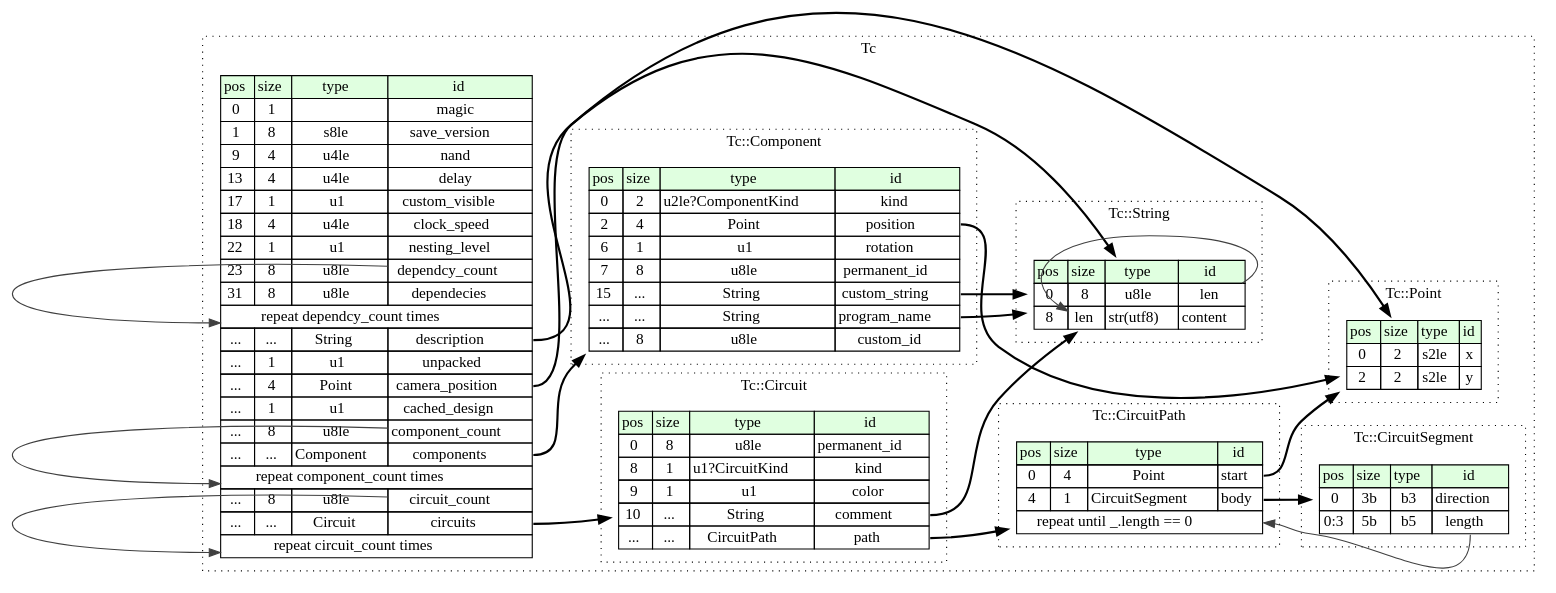
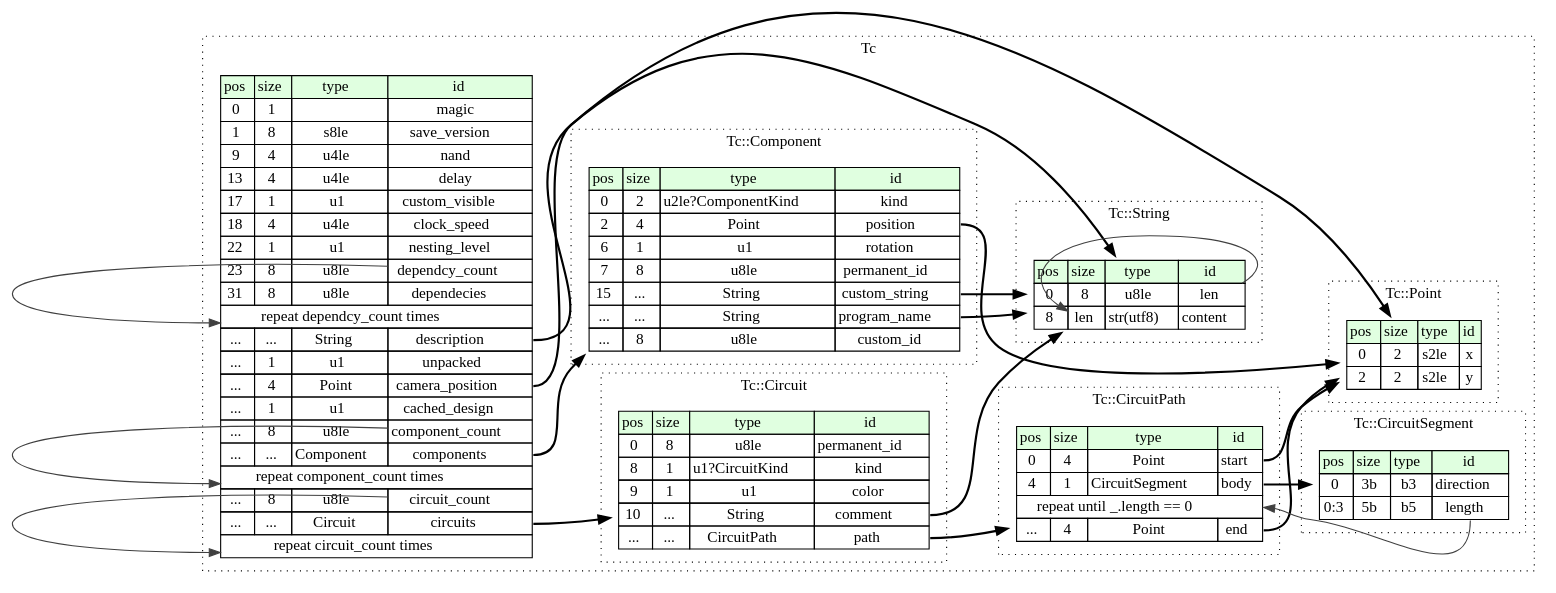
Before and after one commit to IotaBlack/TC-save-reader: the diagram in build/graphviz/tc.dot, drawn with Graphviz. The commit also changed 18 other files, not shown here.

```diff
--- a/build/graphviz/tc.dot
+++ b/build/graphviz/tc.dot
@@ -1,117 +1,119 @@
 digraph {
 	rankdir=LR;
 	node [shape=plaintext];
 	subgraph cluster__tc {
 		label="Tc";
 		graph[style=dotted];
 
 		tc__seq [label=<<TABLE BORDER="0" CELLBORDER="1" CELLSPACING="0">
 			<TR><TD BGCOLOR="#E0FFE0">pos</TD><TD BGCOLOR="#E0FFE0">size</TD><TD BGCOLOR="#E0FFE0">type</TD><TD BGCOLOR="#E0FFE0">id</TD></TR>
 			<TR><TD PORT="magic_pos">0</TD><TD PORT="magic_size">1</TD><TD></TD><TD PORT="magic_type">magic</TD></TR>
 			<TR><TD PORT="save_version_pos">1</TD><TD PORT="save_version_size">8</TD><TD>s8le</TD><TD PORT="save_version_type">save_version</TD></TR>
 			<TR><TD PORT="nand_pos">9</TD><TD PORT="nand_size">4</TD><TD>u4le</TD><TD PORT="nand_type">nand</TD></TR>
 			<TR><TD PORT="delay_pos">13</TD><TD PORT="delay_size">4</TD><TD>u4le</TD><TD PORT="delay_type">delay</TD></TR>
 			<TR><TD PORT="custom_visible_pos">17</TD><TD PORT="custom_visible_size">1</TD><TD>u1</TD><TD PORT="custom_visible_type">custom_visible</TD></TR>
 			<TR><TD PORT="clock_speed_pos">18</TD><TD PORT="clock_speed_size">4</TD><TD>u4le</TD><TD PORT="clock_speed_type">clock_speed</TD></TR>
 			<TR><TD PORT="nesting_level_pos">22</TD><TD PORT="nesting_level_size">1</TD><TD>u1</TD><TD PORT="nesting_level_type">nesting_level</TD></TR>
 			<TR><TD PORT="dependcy_count_pos">23</TD><TD PORT="dependcy_count_size">8</TD><TD>u8le</TD><TD PORT="dependcy_count_type">dependcy_count</TD></TR>
 			<TR><TD PORT="dependecies_pos">31</TD><TD PORT="dependecies_size">8</TD><TD>u8le</TD><TD PORT="dependecies_type">dependecies</TD></TR>
 			<TR><TD COLSPAN="4" PORT="dependecies__repeat">repeat dependcy_count times</TD></TR>
 			<TR><TD PORT="description_pos">...</TD><TD PORT="description_size">...</TD><TD>String</TD><TD PORT="description_type">description</TD></TR>
 			<TR><TD PORT="unpacked_pos">...</TD><TD PORT="unpacked_size">1</TD><TD>u1</TD><TD PORT="unpacked_type">unpacked</TD></TR>
 			<TR><TD PORT="camera_position_pos">...</TD><TD PORT="camera_position_size">4</TD><TD>Point</TD><TD PORT="camera_position_type">camera_position</TD></TR>
 			<TR><TD PORT="cached_design_pos">...</TD><TD PORT="cached_design_size">1</TD><TD>u1</TD><TD PORT="cached_design_type">cached_design</TD></TR>
 			<TR><TD PORT="component_count_pos">...</TD><TD PORT="component_count_size">8</TD><TD>u8le</TD><TD PORT="component_count_type">component_count</TD></TR>
 			<TR><TD PORT="components_pos">...</TD><TD PORT="components_size">...</TD><TD>Component</TD><TD PORT="components_type">components</TD></TR>
 			<TR><TD COLSPAN="4" PORT="components__repeat">repeat component_count times</TD></TR>
 			<TR><TD PORT="circuit_count_pos">...</TD><TD PORT="circuit_count_size">8</TD><TD>u8le</TD><TD PORT="circuit_count_type">circuit_count</TD></TR>
 			<TR><TD PORT="circuits_pos">...</TD><TD PORT="circuits_size">...</TD><TD>Circuit</TD><TD PORT="circuits_type">circuits</TD></TR>
 			<TR><TD COLSPAN="4" PORT="circuits__repeat">repeat circuit_count times</TD></TR>
 		</TABLE>>];
 		subgraph cluster__point {
 			label="Tc::Point";
 			graph[style=dotted];
 
 			point__seq [label=<<TABLE BORDER="0" CELLBORDER="1" CELLSPACING="0">
 				<TR><TD BGCOLOR="#E0FFE0">pos</TD><TD BGCOLOR="#E0FFE0">size</TD><TD BGCOLOR="#E0FFE0">type</TD><TD BGCOLOR="#E0FFE0">id</TD></TR>
 				<TR><TD PORT="x_pos">0</TD><TD PORT="x_size">2</TD><TD>s2le</TD><TD PORT="x_type">x</TD></TR>
 				<TR><TD PORT="y_pos">2</TD><TD PORT="y_size">2</TD><TD>s2le</TD><TD PORT="y_type">y</TD></TR>
 			</TABLE>>];
 		}
 		subgraph cluster__string {
 			label="Tc::String";
 			graph[style=dotted];
 
 			string__seq [label=<<TABLE BORDER="0" CELLBORDER="1" CELLSPACING="0">
 				<TR><TD BGCOLOR="#E0FFE0">pos</TD><TD BGCOLOR="#E0FFE0">size</TD><TD BGCOLOR="#E0FFE0">type</TD><TD BGCOLOR="#E0FFE0">id</TD></TR>
 				<TR><TD PORT="len_pos">0</TD><TD PORT="len_size">8</TD><TD>u8le</TD><TD PORT="len_type">len</TD></TR>
 				<TR><TD PORT="content_pos">8</TD><TD PORT="content_size">len</TD><TD>str(utf8)</TD><TD PORT="content_type">content</TD></TR>
 			</TABLE>>];
 		}
 		subgraph cluster__circuit_path {
 			label="Tc::CircuitPath";
 			graph[style=dotted];
 
 			circuit_path__seq [label=<<TABLE BORDER="0" CELLBORDER="1" CELLSPACING="0">
 				<TR><TD BGCOLOR="#E0FFE0">pos</TD><TD BGCOLOR="#E0FFE0">size</TD><TD BGCOLOR="#E0FFE0">type</TD><TD BGCOLOR="#E0FFE0">id</TD></TR>
 				<TR><TD PORT="start_pos">0</TD><TD PORT="start_size">4</TD><TD>Point</TD><TD PORT="start_type">start</TD></TR>
 				<TR><TD PORT="body_pos">4</TD><TD PORT="body_size">1</TD><TD>CircuitSegment</TD><TD PORT="body_type">body</TD></TR>
 				<TR><TD COLSPAN="4" PORT="body__repeat">repeat until _.length == 0</TD></TR>
+				<TR><TD PORT="end_pos">...</TD><TD PORT="end_size">4</TD><TD>Point</TD><TD PORT="end_type">end</TD></TR>
 			</TABLE>>];
 		}
 		subgraph cluster__circuit_segment {
 			label="Tc::CircuitSegment";
 			graph[style=dotted];
 
 			circuit_segment__seq [label=<<TABLE BORDER="0" CELLBORDER="1" CELLSPACING="0">
 				<TR><TD BGCOLOR="#E0FFE0">pos</TD><TD BGCOLOR="#E0FFE0">size</TD><TD BGCOLOR="#E0FFE0">type</TD><TD BGCOLOR="#E0FFE0">id</TD></TR>
 				<TR><TD PORT="direction_pos">0</TD><TD PORT="direction_size">3b</TD><TD>b3</TD><TD PORT="direction_type">direction</TD></TR>
 				<TR><TD PORT="length_pos">0:3</TD><TD PORT="length_size">5b</TD><TD>b5</TD><TD PORT="length_type">length</TD></TR>
 			</TABLE>>];
 		}
 		subgraph cluster__circuit {
 			label="Tc::Circuit";
 			graph[style=dotted];
 
 			circuit__seq [label=<<TABLE BORDER="0" CELLBORDER="1" CELLSPACING="0">
 				<TR><TD BGCOLOR="#E0FFE0">pos</TD><TD BGCOLOR="#E0FFE0">size</TD><TD BGCOLOR="#E0FFE0">type</TD><TD BGCOLOR="#E0FFE0">id</TD></TR>
 				<TR><TD PORT="permanent_id_pos">0</TD><TD PORT="permanent_id_size">8</TD><TD>u8le</TD><TD PORT="permanent_id_type">permanent_id</TD></TR>
 				<TR><TD PORT="kind_pos">8</TD><TD PORT="kind_size">1</TD><TD>u1?CircuitKind</TD><TD PORT="kind_type">kind</TD></TR>
 				<TR><TD PORT="color_pos">9</TD><TD PORT="color_size">1</TD><TD>u1</TD><TD PORT="color_type">color</TD></TR>
 				<TR><TD PORT="comment_pos">10</TD><TD PORT="comment_size">...</TD><TD>String</TD><TD PORT="comment_type">comment</TD></TR>
 				<TR><TD PORT="path_pos">...</TD><TD PORT="path_size">...</TD><TD>CircuitPath</TD><TD PORT="path_type">path</TD></TR>
 			</TABLE>>];
 		}
 		subgraph cluster__component {
 			label="Tc::Component";
 			graph[style=dotted];
 
 			component__seq [label=<<TABLE BORDER="0" CELLBORDER="1" CELLSPACING="0">
 				<TR><TD BGCOLOR="#E0FFE0">pos</TD><TD BGCOLOR="#E0FFE0">size</TD><TD BGCOLOR="#E0FFE0">type</TD><TD BGCOLOR="#E0FFE0">id</TD></TR>
 				<TR><TD PORT="kind_pos">0</TD><TD PORT="kind_size">2</TD><TD>u2le?ComponentKind</TD><TD PORT="kind_type">kind</TD></TR>
 				<TR><TD PORT="position_pos">2</TD><TD PORT="position_size">4</TD><TD>Point</TD><TD PORT="position_type">position</TD></TR>
 				<TR><TD PORT="rotation_pos">6</TD><TD PORT="rotation_size">1</TD><TD>u1</TD><TD PORT="rotation_type">rotation</TD></TR>
 				<TR><TD PORT="permanent_id_pos">7</TD><TD PORT="permanent_id_size">8</TD><TD>u8le</TD><TD PORT="permanent_id_type">permanent_id</TD></TR>
 				<TR><TD PORT="custom_string_pos">15</TD><TD PORT="custom_string_size">...</TD><TD>String</TD><TD PORT="custom_string_type">custom_string</TD></TR>
 				<TR><TD PORT="program_name_pos">...</TD><TD PORT="program_name_size">...</TD><TD>String</TD><TD PORT="program_name_type">program_name</TD></TR>
 				<TR><TD PORT="custom_id_pos">...</TD><TD PORT="custom_id_size">8</TD><TD>u8le</TD><TD PORT="custom_id_type">custom_id</TD></TR>
 			</TABLE>>];
 		}
 	}
 	tc__seq:dependcy_count_type -> tc__seq:dependecies__repeat [color="#404040"];
 	tc__seq:description_type -> string__seq [style=bold];
 	tc__seq:camera_position_type -> point__seq [style=bold];
 	tc__seq:components_type -> component__seq [style=bold];
 	tc__seq:component_count_type -> tc__seq:components__repeat [color="#404040"];
 	tc__seq:circuits_type -> circuit__seq [style=bold];
 	tc__seq:circuit_count_type -> tc__seq:circuits__repeat [color="#404040"];
 	string__seq:len_type -> string__seq:content_size [color="#404040"];
 	circuit_path__seq:start_type -> point__seq [style=bold];
 	circuit_path__seq:body_type -> circuit_segment__seq [style=bold];
 	circuit_segment__seq:length_type -> circuit_path__seq:body__repeat [color="#404040"];
+	circuit_path__seq:end_type -> point__seq [style=bold];
 	circuit__seq:comment_type -> string__seq [style=bold];
 	circuit__seq:path_type -> circuit_path__seq [style=bold];
 	component__seq:position_type -> point__seq [style=bold];
 	component__seq:custom_string_type -> string__seq [style=bold];
 	component__seq:program_name_type -> string__seq [style=bold];
 }
```
